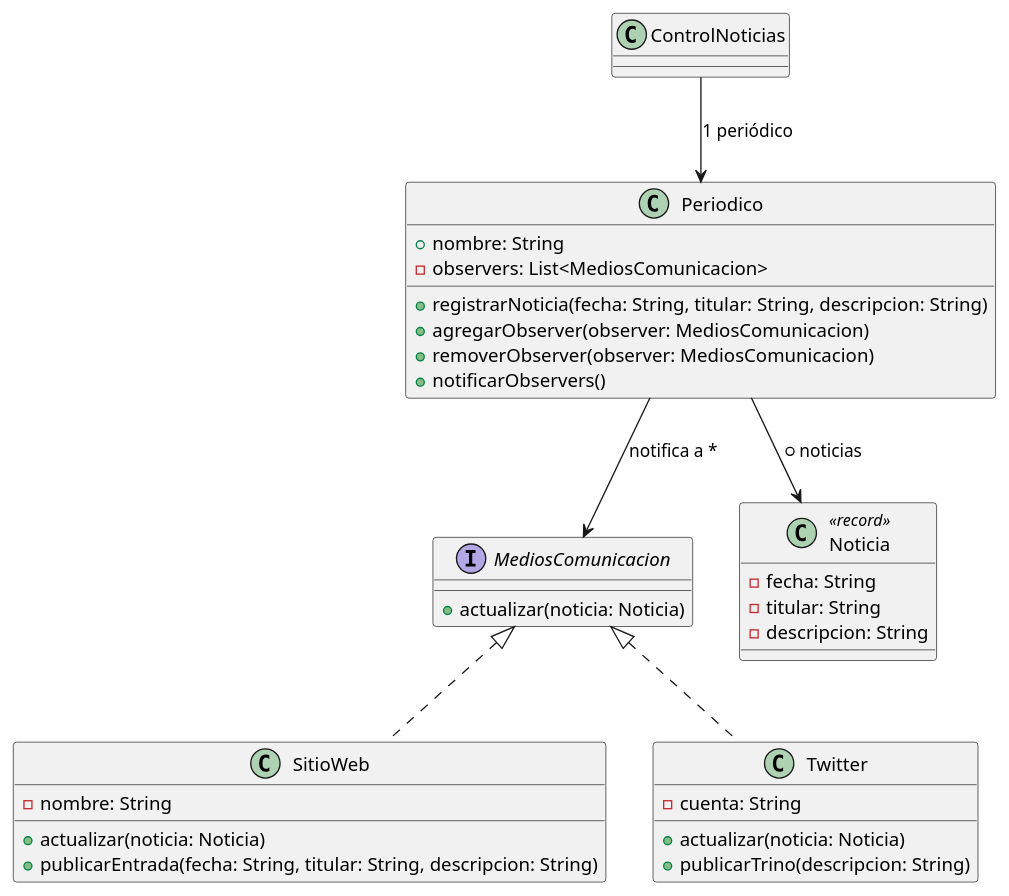
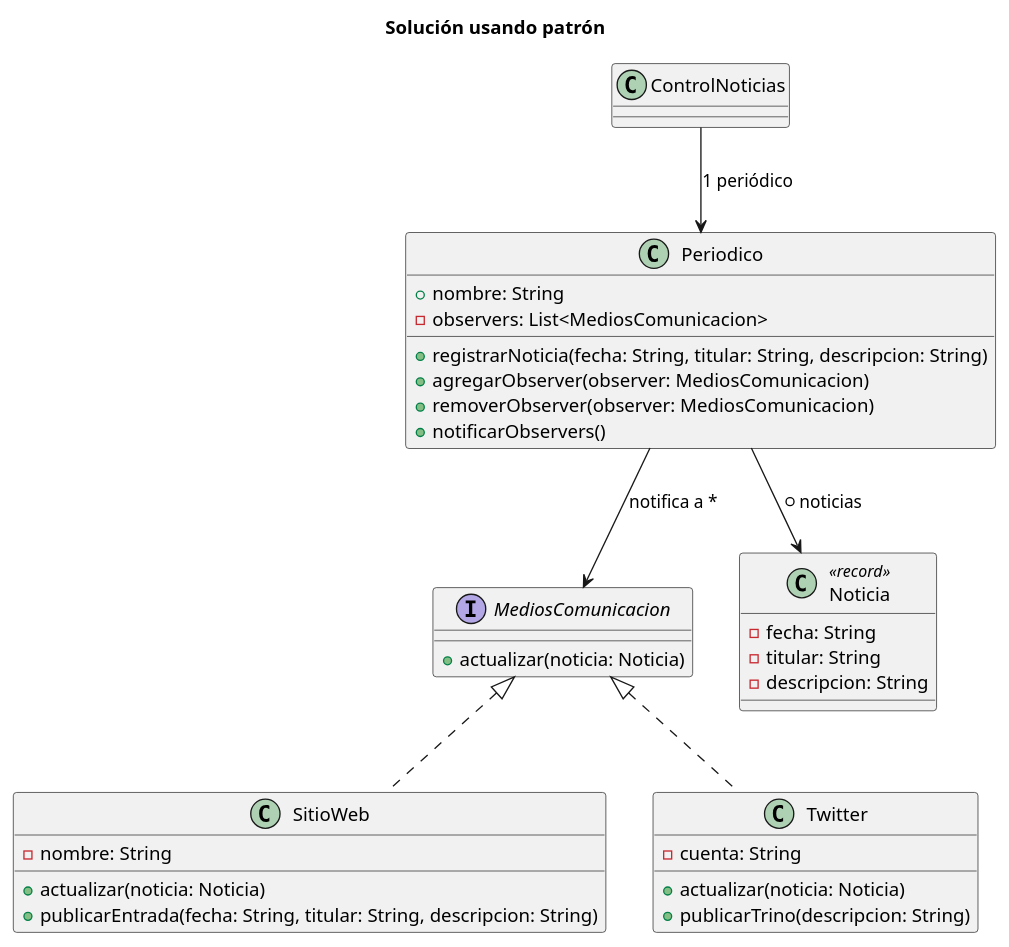
Before and after one commit to OverCV/PatronesSoftware: the diagram in .partials/observer/solucion.plantuml, drawn with PlantUML. The commit also changed 18 other files, not shown here.

```diff
--- a/.partials/observer/solucion.plantuml
+++ b/.partials/observer/solucion.plantuml
@@ -1,38 +1,40 @@
 @startuml Diagrama Solución (nosotros)
+
+title Solución usando patrón
 
 interface MediosComunicacion {
     +actualizar(noticia: Noticia)
 }
 
 class Periodico {
     +nombre: String
     +registrarNoticia(fecha: String, titular: String, descripcion: String)
     +agregarObserver(observer: MediosComunicacion)
     +removerObserver(observer: MediosComunicacion)
     +notificarObservers()
     -observers: List<MediosComunicacion>
 }
 
 class SitioWeb implements MediosComunicacion {
     -nombre: String
     +actualizar(noticia: Noticia)
     +publicarEntrada(fecha: String, titular: String, descripcion: String)
 }
 
 class Twitter implements MediosComunicacion {
     -cuenta: String
     +actualizar(noticia: Noticia)
     +publicarTrino(descripcion: String)
 }
 
 class Noticia <<record>> {
     -fecha: String
     -titular: String
     -descripcion: String
 }
 
 ControlNoticias --> Periodico : 1 periódico
 Periodico --> Noticia : * noticias
 Periodico --> MediosComunicacion : notifica a *
 
 @enduml
```
